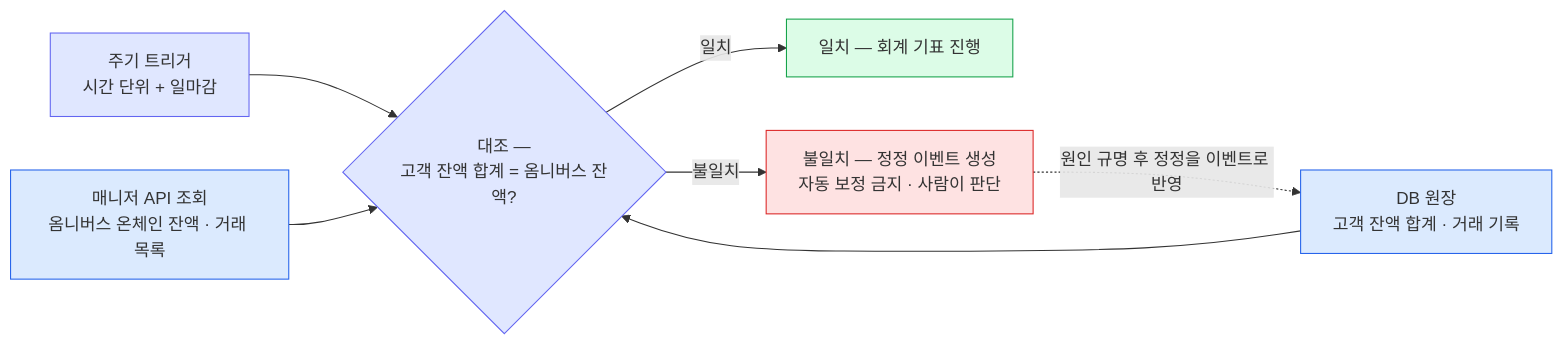
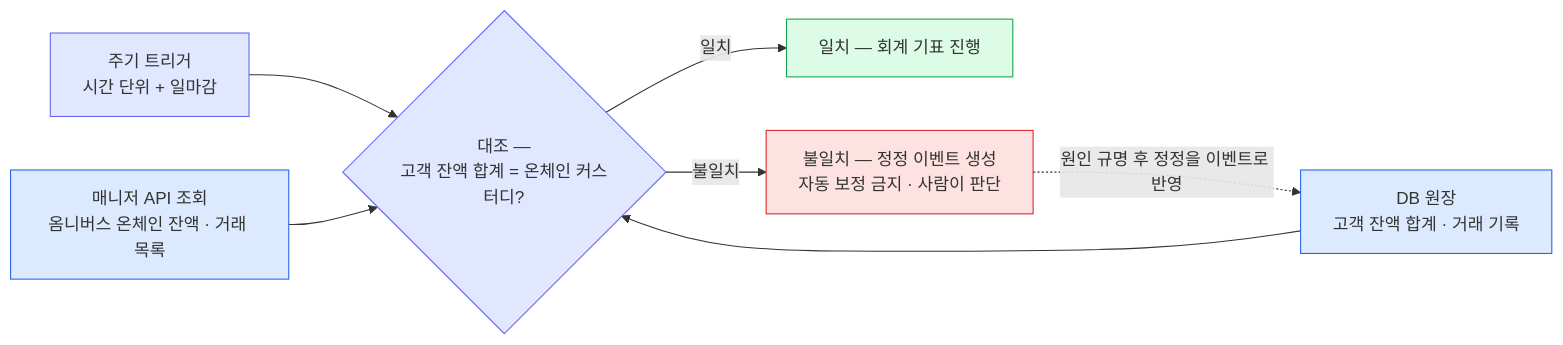
One commit to eunsujeo/eunpus changed the fourth of 4 diagrams in blockchain-manager/docs/블록체인매니저/설계/08-balance-history.md. Above: the diagram before and after it, drawn with Mermaid. The commit also changed other lines of this file and 3 other files, not shown here.

````diff
--- a/blockchain-manager/docs/블록체인매니저/설계/08-balance-history.md
+++ b/blockchain-manager/docs/블록체인매니저/설계/08-balance-history.md
@@ -136,22 +136,22 @@
 ```mermaid
 flowchart LR
     T["주기 트리거<br/>시간 단위 + 일마감"]
     L["DB 원장<br/>고객 잔액 합계 · 거래 기록"]
     V["매니저 API 조회<br/>옴니버스 온체인 잔액 · 거래 목록"]
-    C{"대조 —<br/>고객 잔액 합계 = 옴니버스 잔액?"}
+    C{"대조 —<br/>고객 잔액 합계 = 온체인 커스터디?"}
     OK["일치 — 회계 기표 진행"]
     NG["불일치 — 정정 이벤트 생성<br/>자동 보정 금지 · 사람이 판단"]
 
     T --> C
     L --> C
     V --> C
     C -->|일치| OK
     C -->|불일치| NG
     NG -.->|"원인 규명 후 정정을 이벤트로 반영"| L
 
     classDef trig fill:#e0e7ff,stroke:#6366f1;
     classDef src fill:#dbeafe,stroke:#2563eb;
     classDef good fill:#dcfce7,stroke:#16a34a;
     classDef bad fill:#fee2e2,stroke:#dc2626;
     class T,C trig; class L,V src; class OK good; class NG bad;
 ```
````
